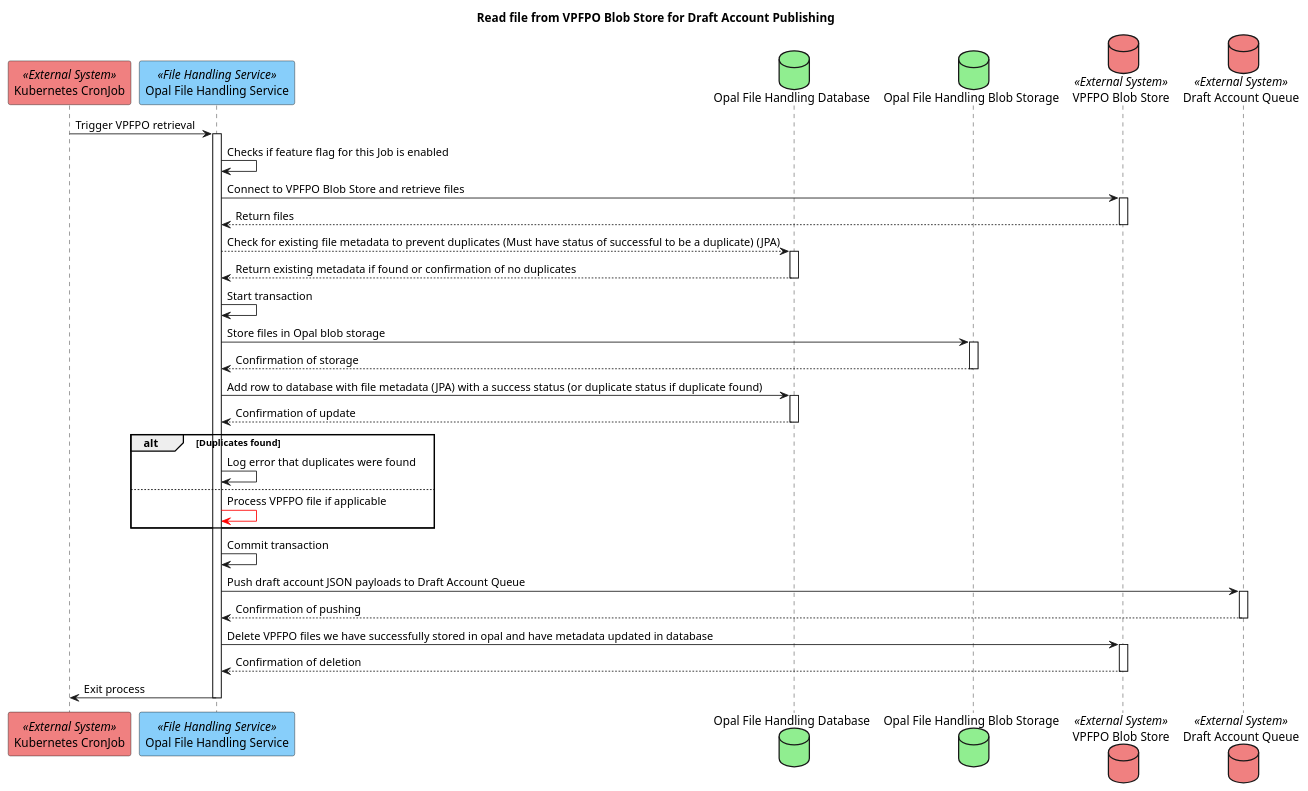
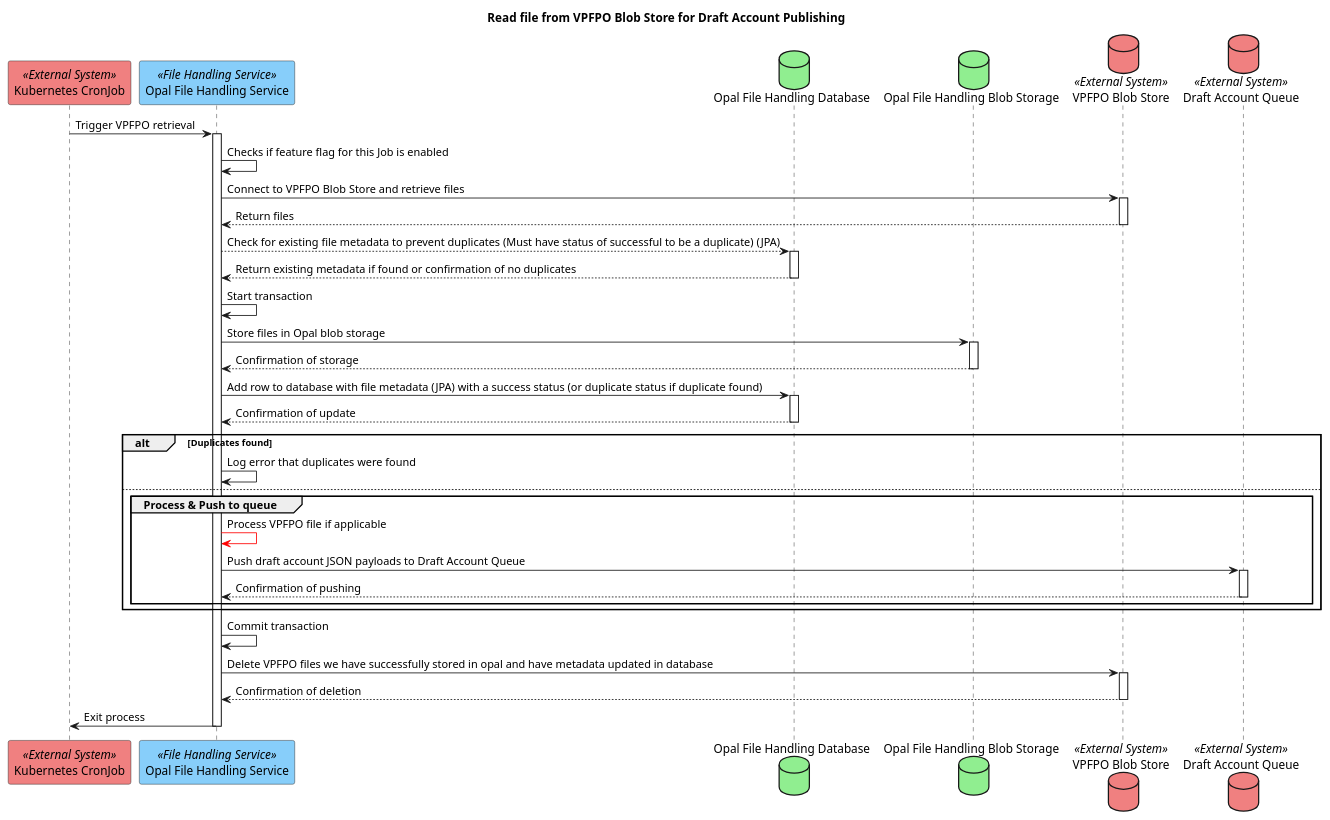
One commit to hmcts/opal-docs changed the diagram in plantUML/external-interfaces/file-handling-from-vpfpo.puml. Above: the diagram before and after it, drawn with PlantUML.

Commit message:
Moving the pushing to queue for VPFPO inside the if...else... condition for duplicate check.

```diff
--- a/plantUML/external-interfaces/file-handling-from-vpfpo.puml
+++ b/plantUML/external-interfaces/file-handling-from-vpfpo.puml
@@ -1,33 +1,35 @@
 @startuml
 title Read file from VPFPO Blob Store for Draft Account Publishing
 participant "Kubernetes CronJob" as cronjob <<External System>> #LightCoral
 participant "Opal File Handling Service" as fileHandlingService <<File Handling Service>> #LightSkyBlue
 database "Opal File Handling Database" as fileHandlingDb #LightGreen
 database "Opal File Handling Blob Storage" as fileHandlingBlobStorage #LightGreen
 database "VPFPO Blob Store" as vpfpoBlobStore <<External System>> #LightCoral
 database "Draft Account Queue" as draftAccountQueue <<External System>> #LightCoral
 
 cronjob -> fileHandlingService ++ : Trigger VPFPO retrieval
 fileHandlingService -> fileHandlingService : Checks if feature flag for this Job is enabled
 fileHandlingService -> vpfpoBlobStore ++ : Connect to VPFPO Blob Store and retrieve files
 vpfpoBlobStore --> fileHandlingService -- : Return files
 fileHandlingService --> fileHandlingDb ++ : Check for existing file metadata to prevent duplicates (Must have status of successful to be a duplicate) (JPA)
 fileHandlingDb --> fileHandlingService -- : Return existing metadata if found or confirmation of no duplicates
 fileHandlingService -> fileHandlingService : Start transaction
 fileHandlingService -> fileHandlingBlobStorage ++ : Store files in Opal blob storage
 fileHandlingBlobStorage --> fileHandlingService -- : Confirmation of storage
 fileHandlingService -> fileHandlingDb ++ : Add row to database with file metadata (JPA) with a success status (or duplicate status if duplicate found)
 fileHandlingDb --> fileHandlingService -- : Confirmation of update
 alt Duplicates found
     fileHandlingService -> fileHandlingService : Log error that duplicates were found
 else
+    group Process & Push to queue
     fileHandlingService -[#red]> fileHandlingService: Process VPFPO file if applicable
+    fileHandlingService -> draftAccountQueue ++ : Push draft account JSON payloads to Draft Account Queue
+    draftAccountQueue --> fileHandlingService -- : Confirmation of pushing
+    end
 end
 
 fileHandlingService -> fileHandlingService : Commit transaction
-fileHandlingService -> draftAccountQueue ++ : Push draft account JSON payloads to Draft Account Queue
-draftAccountQueue --> fileHandlingService -- : Confirmation of pushing
 fileHandlingService -> vpfpoBlobStore ++ : Delete VPFPO files we have successfully stored in opal and have metadata updated in database
 vpfpoBlobStore --> fileHandlingService -- : Confirmation of deletion
 fileHandlingService -> cronjob -- : Exit process
-@enduml+
+@enduml
```
